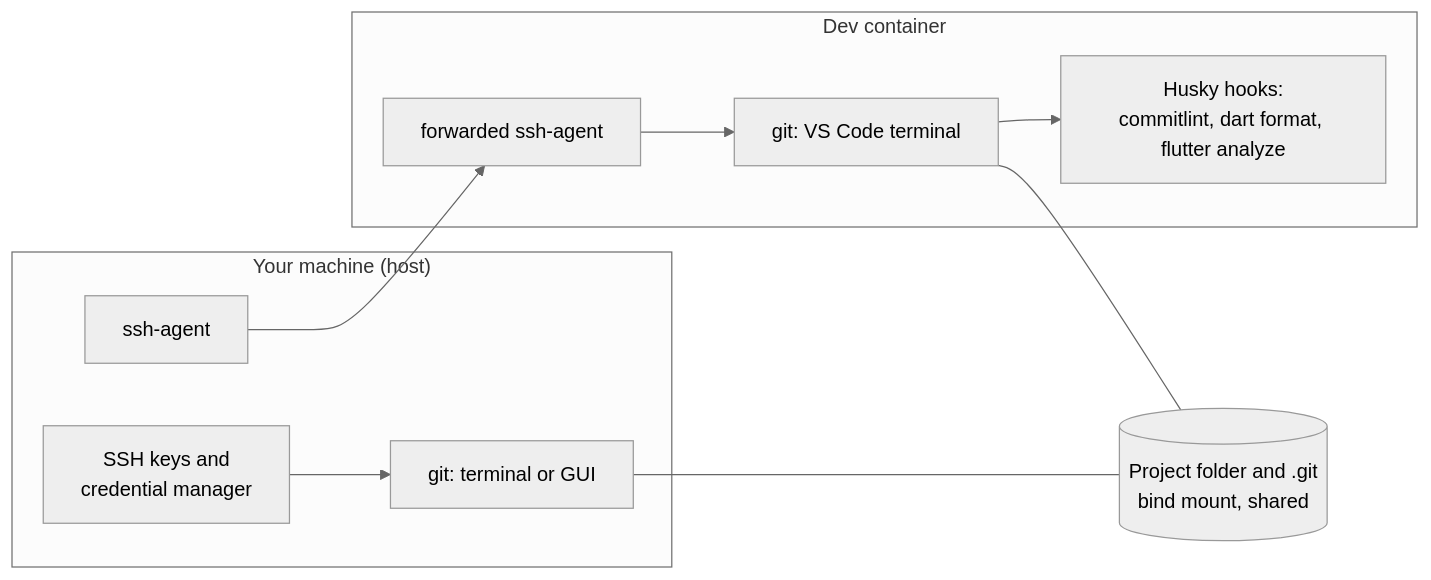
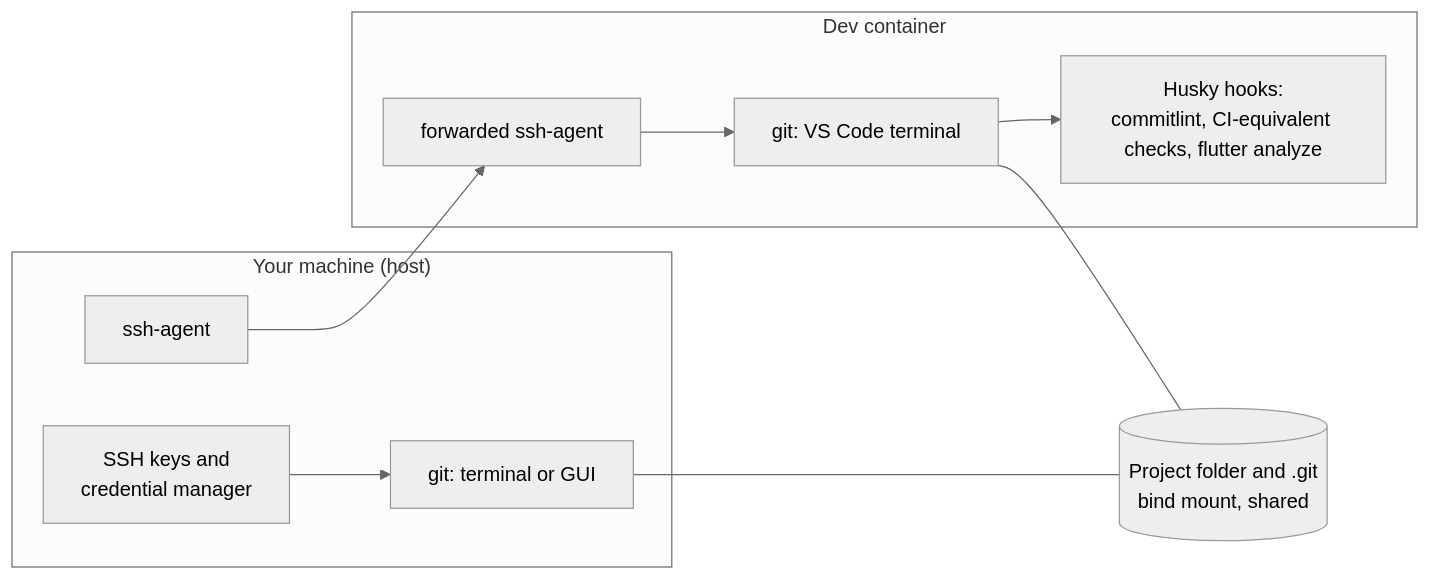
The sixth of 12 diagrams in README.md (alihaidar0/flutter-template), drawn with Mermaid (neutral theme) before and after one commit. The commit also changed other lines of this file and 4 other files, not shown here.

````diff
--- a/README.md
+++ b/README.md
@@ -469,20 +470,20 @@
 ```mermaid
 flowchart LR
     subgraph HOST["Your machine (host)"]
         HG["git: terminal or GUI"]
         HK["SSH keys and<br/>credential manager"]
         AGENT["ssh-agent"]
     end
     subgraph CONT["Dev container"]
         CG["git: VS Code terminal"]
         FW["forwarded ssh-agent"]
-        HOOKS["Husky hooks:<br/>commitlint, dart format, flutter analyze"]
+        HOOKS["Husky hooks:<br/>commitlint, CI-equivalent checks, flutter analyze"]
     end
     WT[("Project folder and .git<br/>bind mount, shared")]
     HG --- WT
     CG --- WT
     HK --> HG
     AGENT --> FW
     FW --> CG
     CG --> HOOKS
 ```
````
